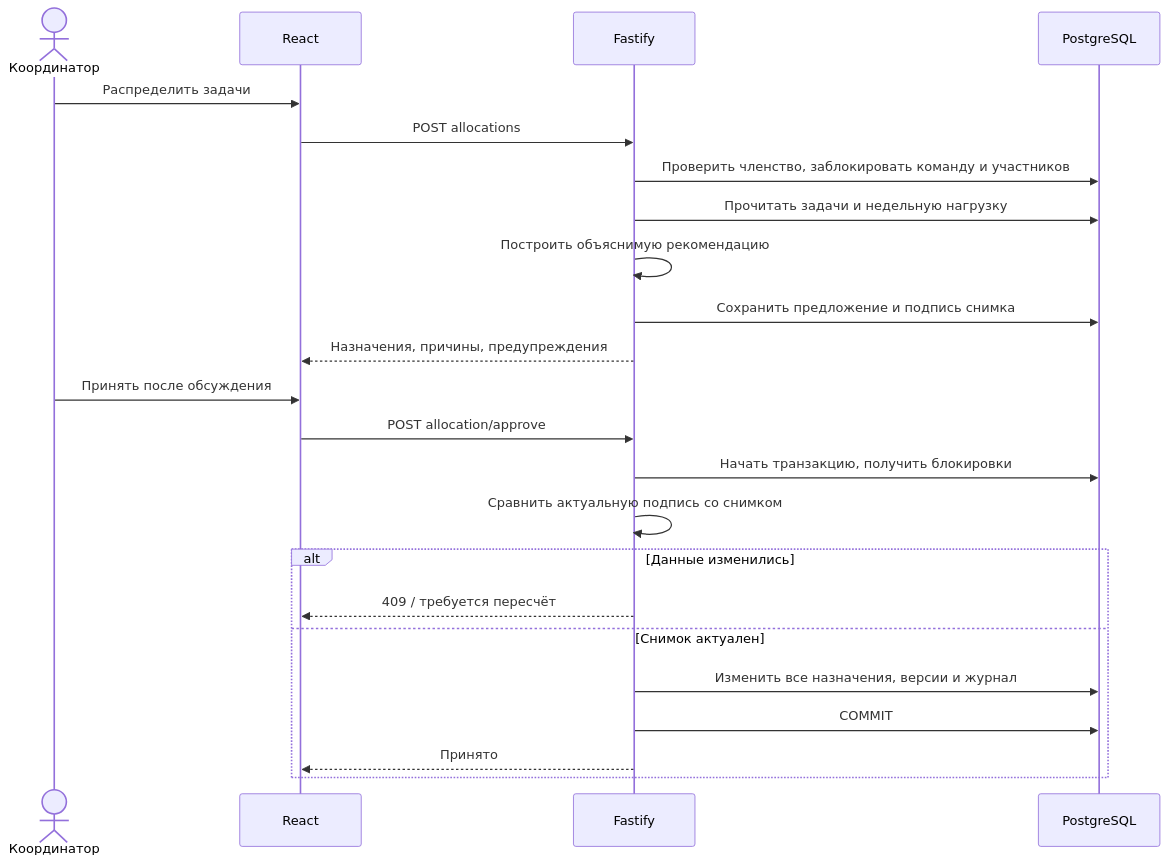
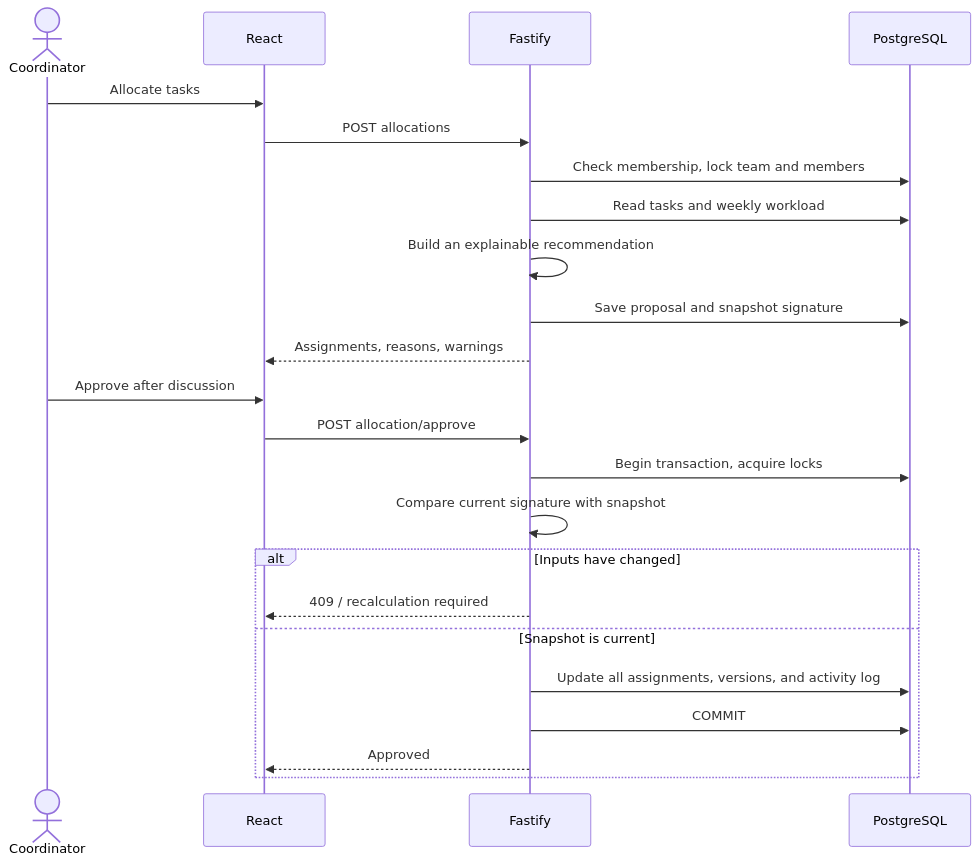
The third of 3 diagrams in docs/architecture.md (yerassylmurat07/fairshare), drawn with Mermaid before and after one commit. The commit also changed other lines of this file and 18 other files, not shown here.

````diff
--- a/docs/architecture.md
+++ b/docs/architecture.md
@@ -92,25 +92,25 @@
 ```mermaid
 sequenceDiagram
-  actor L as Координатор
+  actor L as Coordinator
   participant UI as React
   participant API as Fastify
   participant DB as PostgreSQL
-  L->>UI: Распределить задачи
+  L->>UI: Allocate tasks
   UI->>API: POST allocations
-  API->>DB: Проверить членство, заблокировать команду и участников
-  API->>DB: Прочитать задачи и недельную нагрузку
-  API->>API: Построить объяснимую рекомендацию
-  API->>DB: Сохранить предложение и подпись снимка
-  API-->>UI: Назначения, причины, предупреждения
-  L->>UI: Принять после обсуждения
+  API->>DB: Check membership, lock team and members
+  API->>DB: Read tasks and weekly workload
+  API->>API: Build an explainable recommendation
+  API->>DB: Save proposal and snapshot signature
+  API-->>UI: Assignments, reasons, warnings
+  L->>UI: Approve after discussion
   UI->>API: POST allocation/approve
-  API->>DB: Начать транзакцию, получить блокировки
-  API->>API: Сравнить актуальную подпись со снимком
-  alt Данные изменились
-    API-->>UI: 409 / требуется пересчёт
-  else Снимок актуален
-    API->>DB: Изменить все назначения, версии и журнал
+  API->>DB: Begin transaction, acquire locks
+  API->>API: Compare current signature with snapshot
+  alt Inputs have changed
+    API-->>UI: 409 / recalculation required
+  else Snapshot is current
+    API->>DB: Update all assignments, versions, and activity log
     API->>DB: COMMIT
-    API-->>UI: Принято
+    API-->>UI: Approved
   end
 ```
````
